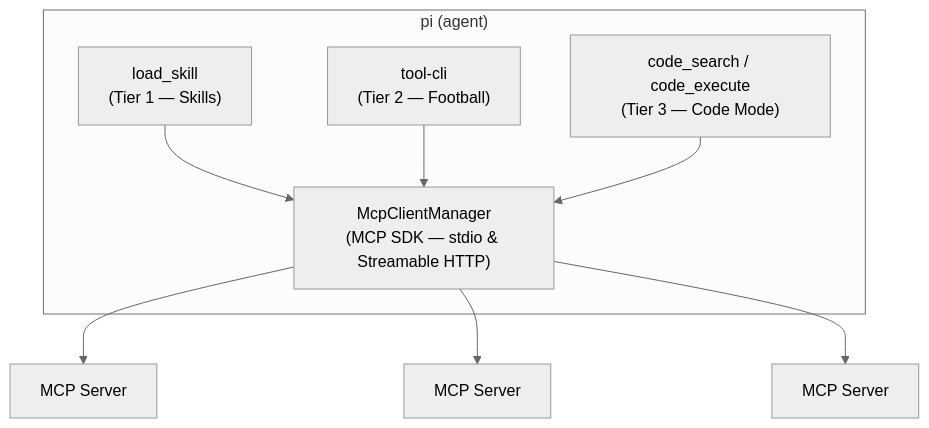
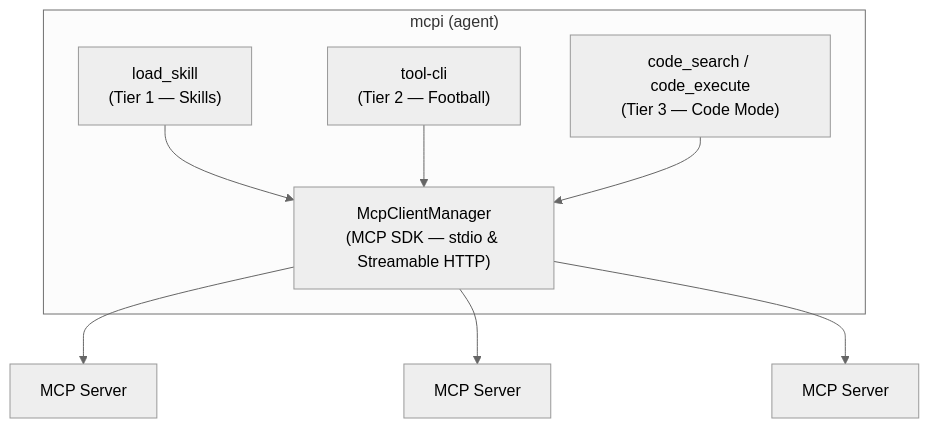
The third of 3 diagrams in README.md (SamMorrowDrums/mcpi-ext), drawn with Mermaid (neutral theme) before and after one commit. The commit also changed other lines of this file and 18 other files, not shown here.

````diff
--- a/README.md
+++ b/README.md
@@ -154,15 +170,15 @@
 ```mermaid
 flowchart TD
-    subgraph pi["pi (agent)"]
+    subgraph mcpi["mcpi (agent)"]
         T1["load_skill\n(Tier 1 — Skills)"]
         T2["tool-cli\n(Tier 2 — Football)"]
         T3["code_search / code_execute\n(Tier 3 — Code Mode)"]
         MCM["McpClientManager\n(MCP SDK — stdio & Streamable HTTP)"]
         T1 --> MCM
         T2 --> MCM
         T3 --> MCM
     end
     MCM --> S1["MCP Server"]
     MCM --> S2["MCP Server"]
     MCM --> S3["MCP Server"]
 ```
````
